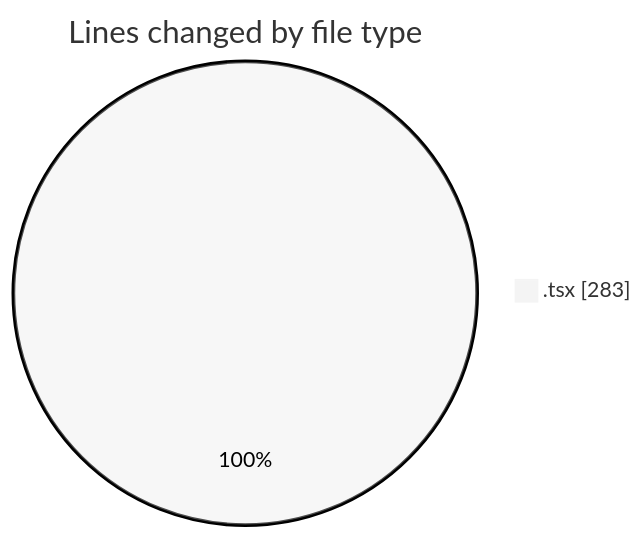
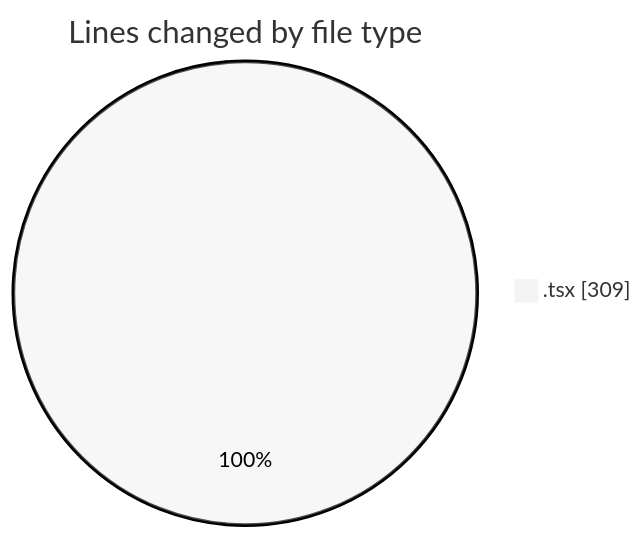
Before and after one commit to momahboobian/code-tracking: the first of 2 diagrams in 2025-11-26/cda/README.md, drawn with Mermaid (neutral theme). The commit also changed other lines of this file and 1 other file, not shown here.

````diff
--- a/2025-11-26/cda/README.md
+++ b/2025-11-26/cda/README.md
@@ -20,5 +20,5 @@
 ```mermaid
 pie showData
 title Lines changed by file type
-".tsx" : 283
+".tsx" : 309
 ```
````
